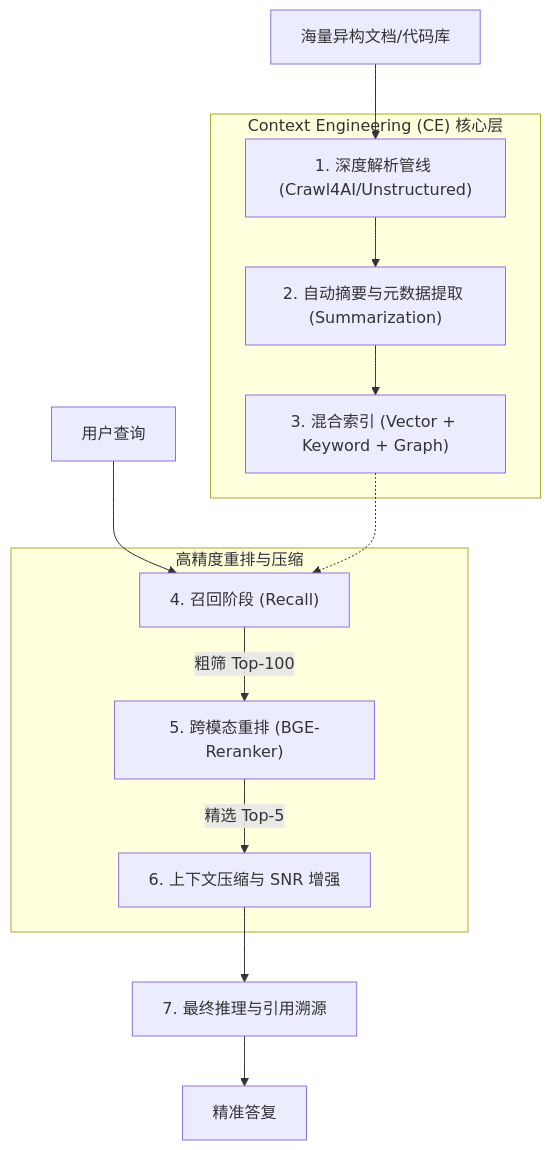
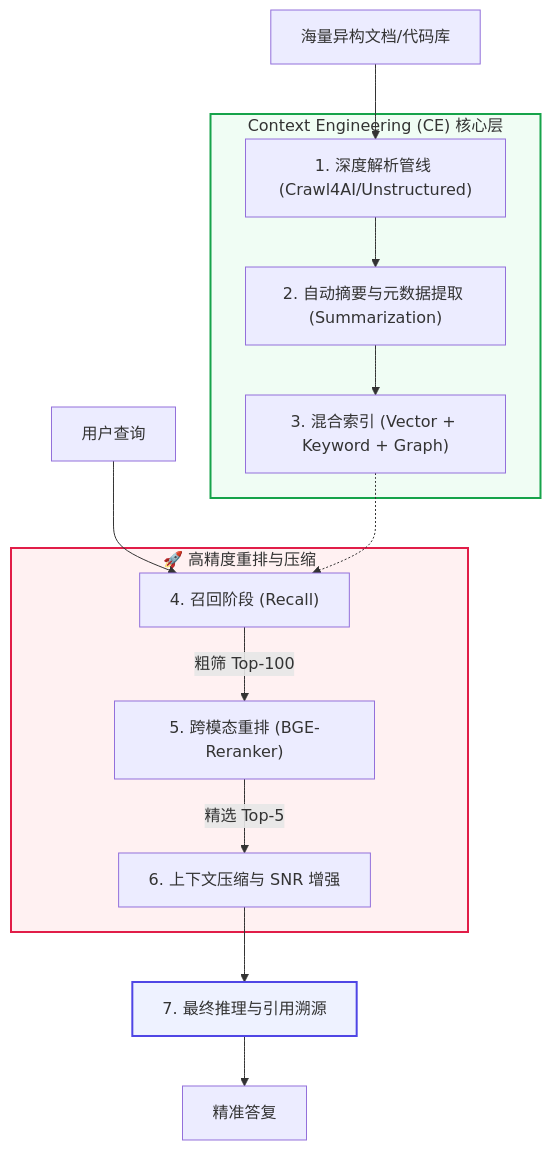
Before and after one commit to wangchong2023/lang-chain-graph: diagram 16 of 17 in doc/AI_Knowledge_Roadmap.md, drawn with Mermaid. The commit also changed other lines of this file, not shown here.

Commit message:
docs: update AI knowledge roadmap with new learning resources and milestones

````diff
--- a/doc/AI_Knowledge_Roadmap.md
+++ b/doc/AI_Knowledge_Roadmap.md
@@ -1072,20 +1163,25 @@
 ```mermaid
 graph TD
     Docs["海量异构文档/代码库"] --> Pipeline["1. 深度解析管线 (Crawl4AI/Unstructured)"]
     
-    subgraph "Context Engineering (CE) 核心层"
+    subgraph CECore ["Context Engineering (CE) 核心层"]
         Pipeline --> Summary["2. 自动摘要与元数据提取 (Summarization)"]
         Summary --> Hybrid["3. 混合索引 (Vector + Keyword + Graph)"]
     end
     
     UserQuery["用户查询"] --> Retrieval["4. 召回阶段 (Recall)"]
     Hybrid -.-> Retrieval
     
-    subgraph "高精度重排与压缩"
+    subgraph HighPrecision ["🚀 高精度重排与压缩"]
         Retrieval -- "粗筛 Top-100" --> Rerank["5. 跨模态重排 (BGE-Reranker)"]
         Rerank -- "精选 Top-5" --> ContextCompression["6. 上下文压缩与 SNR 增强"]
     end
     
     ContextCompression --> LLM["7. 最终推理与引用溯源"]
     LLM --> Result["精准答复"]
+
+    %% 样式美化
+    style CECore fill:#f0fdf4,stroke:#16a34a,stroke-width:2px
+    style HighPrecision fill:#fff1f2,stroke:#e11d48,stroke-width:2px
+    style LLM fill:#eef2ff,stroke:#4f46e5,stroke-width:2px
 ```
````
